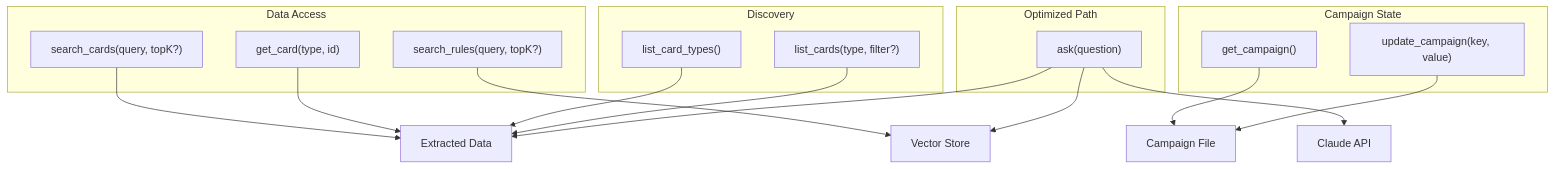
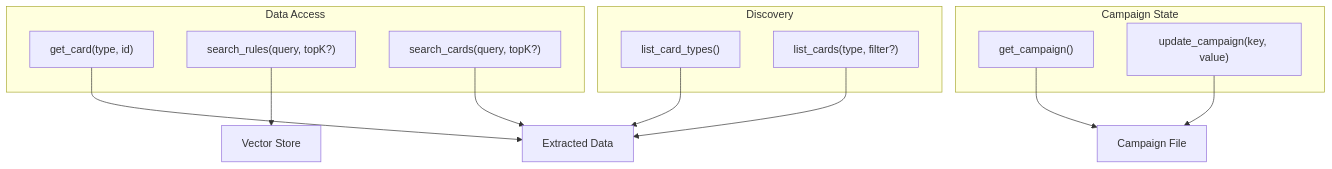
Before and after one commit to maz-org/squire: the second of 2 diagrams in docs/architecture-plan.md, drawn with Mermaid. The commit also changed other lines of this file, not shown here.

First line of the commit message:
docs: revise two-agent model — conversation agent calls /api/ask

````diff
--- a/docs/architecture-plan.md
+++ b/docs/architecture-plan.md
@@ -128,30 +132,24 @@
 ```mermaid
 graph TB
     subgraph discovery["Discovery"]
         lct["list_card_types()"]
         lc["list_cards(type, filter?)"]
     end
     subgraph access["Data Access"]
         gc["get_card(type, id)"]
         sr["search_rules(query, topK?)"]
         sc["search_cards(query, topK?)"]
     end
     subgraph campaign["Campaign State"]
         gcmp["get_campaign()"]
         ucmp["update_campaign(key, value)"]
     end
-    subgraph optimized["Optimized Path"]
-        ask["ask(question)"]
-    end
 
     sr --> vs["Vector Store"]
     sc --> ed["Extracted Data"]
     gc --> ed
     lct --> ed
     lc --> ed
-    ask --> vs
-    ask --> ed
-    ask --> llm["Claude API"]
     gcmp --> fs["Campaign File"]
     ucmp --> fs
 ```
````
